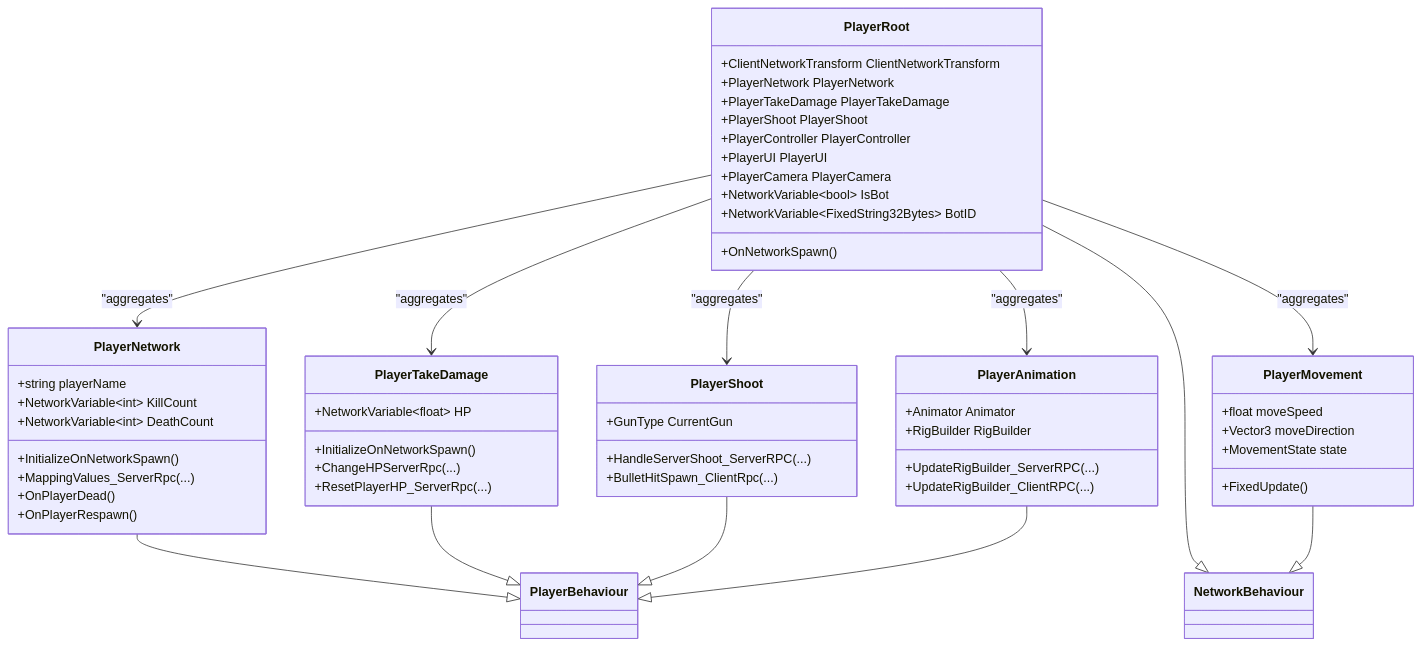
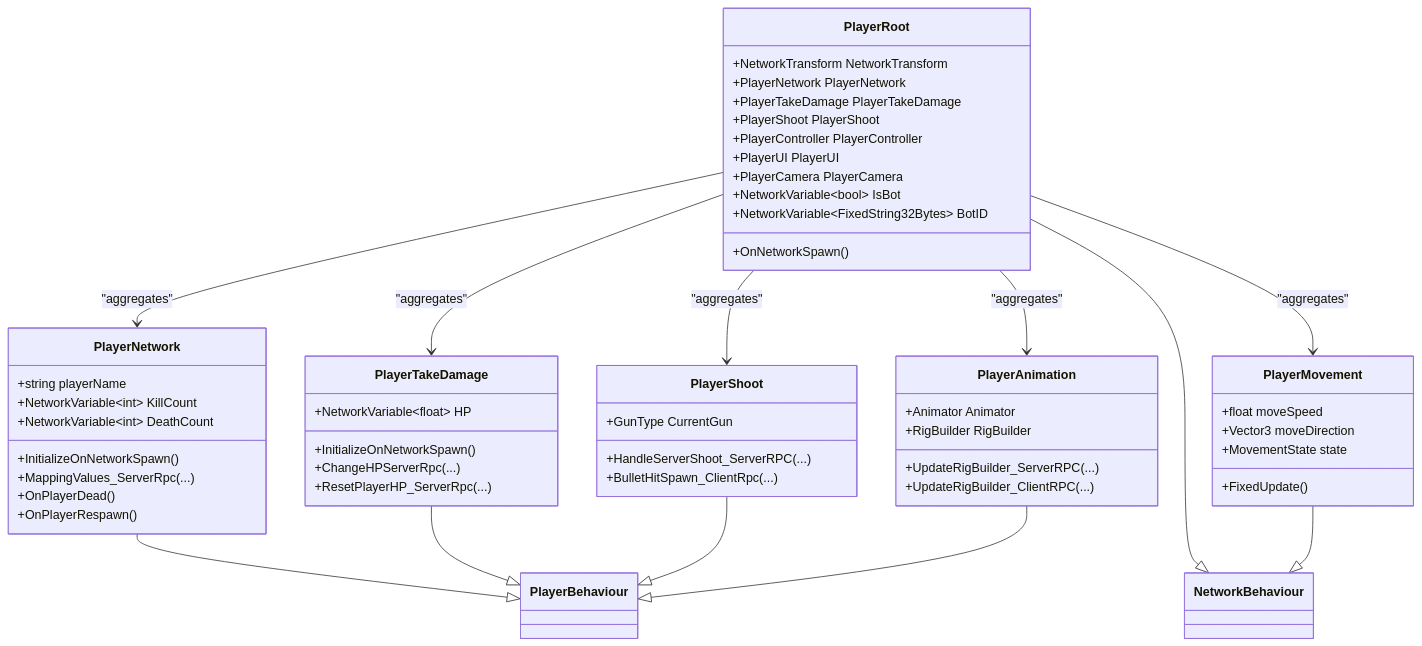
The second of 7 diagrams in .qoder/repowiki/en/content/Multiplayer System/Networking Architecture/Netcode for GameObjects Integration.md (kandeng/AI-Controlled-battle-game), drawn with Mermaid before and after one commit. The commit also changed other lines of this file and 14 other files, not shown here.

````diff
--- a/.qoder/repowiki/en/content/Multiplayer System/Networking Architecture/Netcode for GameObjects Integration.md
+++ b/.qoder/repowiki/en/content/Multiplayer System/Networking Architecture/Netcode for GameObjects Integration.md
@@ -127,59 +129,59 @@
 ```mermaid
 classDiagram
 class NetworkBehaviour
 class PlayerRoot {
-+ClientNetworkTransform ClientNetworkTransform
++NetworkTransform NetworkTransform
 +PlayerNetwork PlayerNetwork
 +PlayerTakeDamage PlayerTakeDamage
 +PlayerShoot PlayerShoot
 +PlayerController PlayerController
 +PlayerUI PlayerUI
 +PlayerCamera PlayerCamera
 +NetworkVariable~bool~ IsBot
 +NetworkVariable~FixedString32Bytes~ BotID
 +OnNetworkSpawn()
 }
 class PlayerNetwork {
 +string playerName
 +NetworkVariable~int~ KillCount
 +NetworkVariable~int~ DeathCount
 +InitializeOnNetworkSpawn()
 +MappingValues_ServerRpc(...)
 +OnPlayerDead()
 +OnPlayerRespawn()
 }
 class PlayerTakeDamage {
 +NetworkVariable~float~ HP
 +InitializeOnNetworkSpawn()
 +ChangeHPServerRpc(...)
 +ResetPlayerHP_ServerRpc(...)
 }
 class PlayerShoot {
 +GunType CurrentGun
 +HandleServerShoot_ServerRPC(...)
 +BulletHitSpawn_ClientRpc(...)
 }
 class PlayerAnimation {
 +Animator Animator
 +RigBuilder RigBuilder
 +UpdateRigBuilder_ServerRPC(...)
 +UpdateRigBuilder_ClientRPC(...)
 }
 class PlayerMovement {
 +float moveSpeed
 +Vector3 moveDirection
 +MovementState state
 +FixedUpdate()
 }
 PlayerRoot --> PlayerNetwork : "aggregates"
 PlayerRoot --> PlayerTakeDamage : "aggregates"
 PlayerRoot --> PlayerShoot : "aggregates"
 PlayerRoot --> PlayerAnimation : "aggregates"
 PlayerRoot --> PlayerMovement : "aggregates"
 PlayerRoot --|> NetworkBehaviour
 PlayerNetwork --|> PlayerBehaviour
 PlayerTakeDamage --|> PlayerBehaviour
 PlayerShoot --|> PlayerBehaviour
 PlayerAnimation --|> PlayerBehaviour
 PlayerMovement --|> NetworkBehaviour
 ```
````
